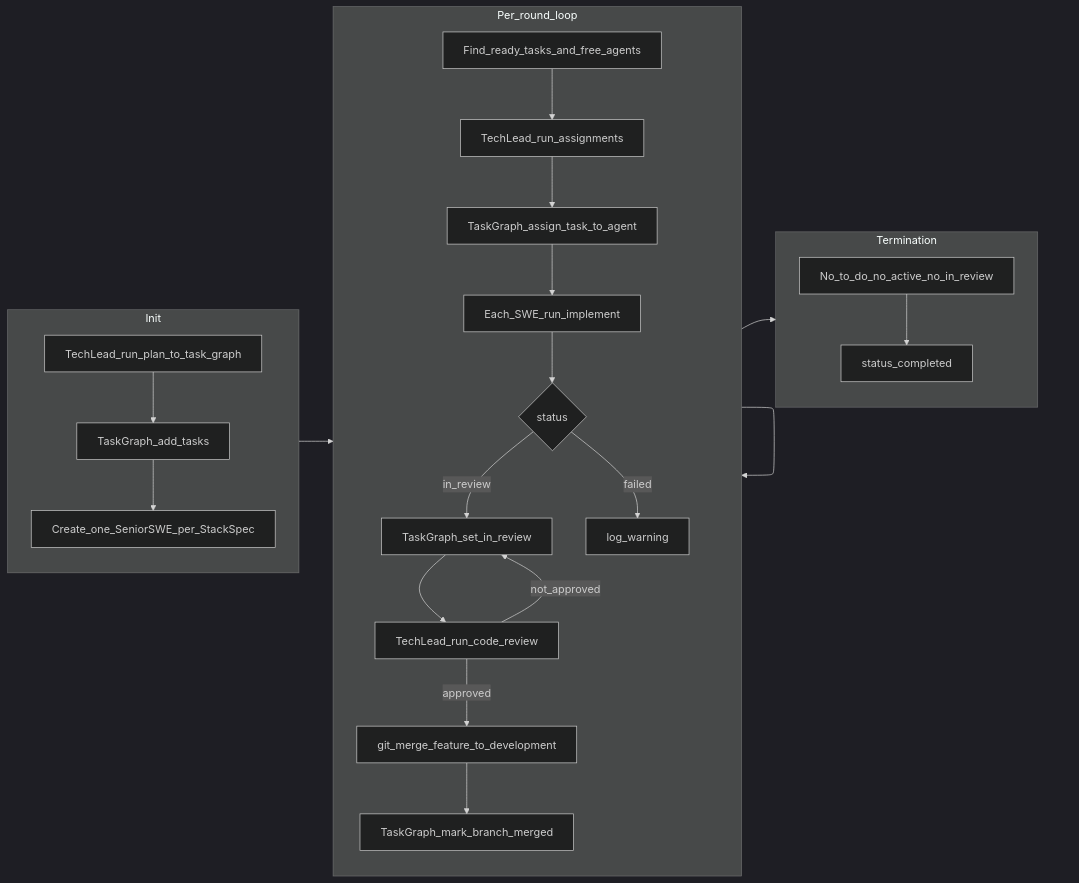
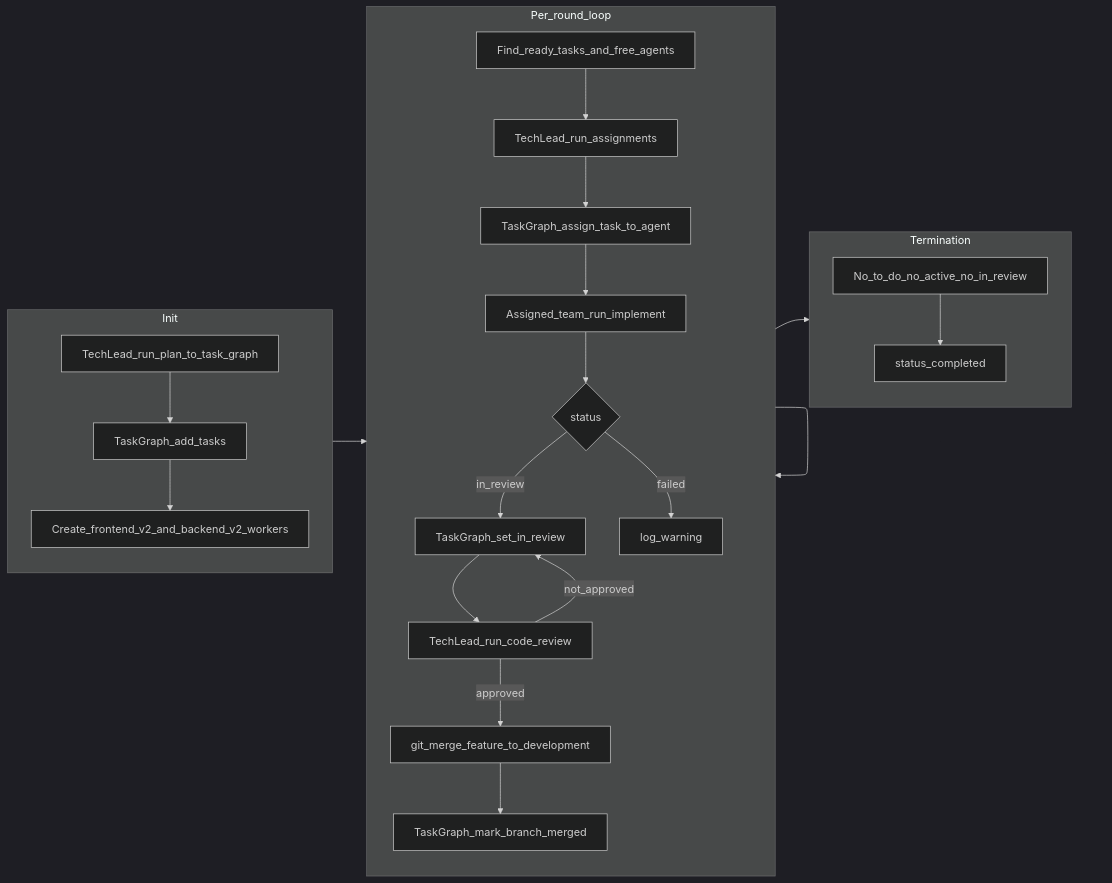
The second of 2 diagrams in backend/agents/coding_team/README.md (brandonkindred/Khala-Agentic-AI-Teams), drawn with Mermaid (dark theme) before and after one commit. The commit also changed other lines of this file and 38 other files, not shown here.

````diff
--- a/backend/agents/coding_team/README.md
+++ b/backend/agents/coding_team/README.md
@@ -52,30 +52,30 @@
 ```mermaid
 flowchart LR
   subgraph init [Init]
     A[TechLead_run_plan_to_task_graph] --> B[TaskGraph_add_tasks]
-    B --> C[Create_one_SeniorSWE_per_StackSpec]
+    B --> C[Create_frontend_v2_and_backend_v2_workers]
   end
 
   subgraph loop [Per_round_loop]
     D[Find_ready_tasks_and_free_agents]
     D --> E[TechLead_run_assignments]
     E --> F[TaskGraph_assign_task_to_agent]
-    F --> G[Each_SWE_run_implement]
+    F --> G[Assigned_team_run_implement]
     G --> H{status}
     H -->|in_review| I[TaskGraph_set_in_review]
     H -->|failed| J[log_warning]
     I --> K[TechLead_run_code_review]
     K -->|approved| L[git_merge_feature_to_development]
     L --> M[TaskGraph_mark_branch_merged]
     K -->|not_approved| I
   end
 
   subgraph done [Termination]
     N[No_to_do_no_active_no_in_review]
     N --> O[status_completed]
   end
 
   init --> loop
   loop --> loop
   loop --> done
 ```
````
